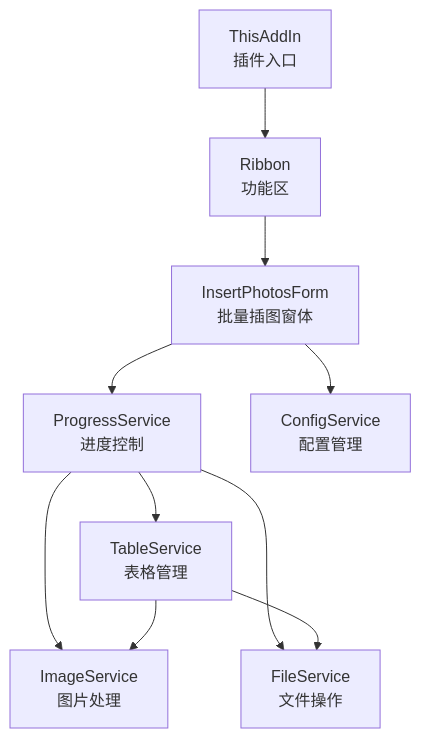
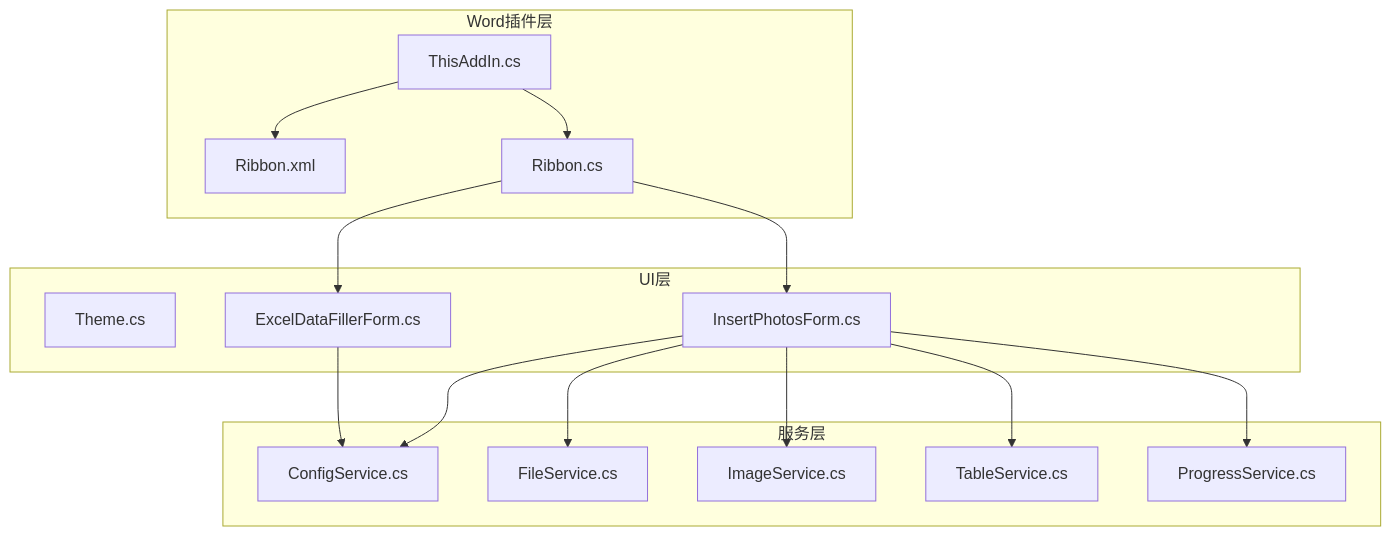
One commit to rainiva/WordTools changed the first of 6 diagrams in .qoder/repowiki/zh/content/核心功能/核心功能.md. Above: the diagram before and after it, drawn with Mermaid. The commit also changed other lines of this file and 63 other files, not shown here.

First line of the commit message:
全面优化：代码质量修复、自动编号重构、插图性能优化

````diff
--- a/.qoder/repowiki/zh/content/核心功能/核心功能.md
+++ b/.qoder/repowiki/zh/content/核心功能/核心功能.md
@@ -44,12 +47,30 @@
 ```mermaid
 graph TB
-A["ThisAddIn<br/>插件入口"] --> B["Ribbon<br/>功能区"]
-B --> C["InsertPhotosForm<br/>批量插图窗体"]
-C --> D["ProgressService<br/>进度控制"]
-D --> E["TableService<br/>表格管理"]
-D --> F["ImageService<br/>图片处理"]
-D --> G["FileService<br/>文件操作"]
-C --> H["ConfigService<br/>配置管理"]
-E --> F
-E --> G
+subgraph "Word插件层"
+TAI["ThisAddIn.cs"]
+RXML["Ribbon.xml"]
+RBN["Ribbon.cs"]
+end
+subgraph "UI层"
+THEME["Theme.cs"]
+IPF["InsertPhotosForm.cs"]
+EDF["ExcelDataFillerForm.cs"]
+end
+subgraph "服务层"
+CFG["ConfigService.cs"]
+FSRV["FileService.cs"]
+ISRV["ImageService.cs"]
+TSRV["TableService.cs"]
+PSRV["ProgressService.cs"]
+end
+TAI --> RXML
+TAI --> RBN
+RBN --> IPF
+RBN --> EDF
+IPF --> CFG
+IPF --> FSRV
+IPF --> ISRV
+IPF --> TSRV
+IPF --> PSRV
+EDF --> CFG
 ```
````
